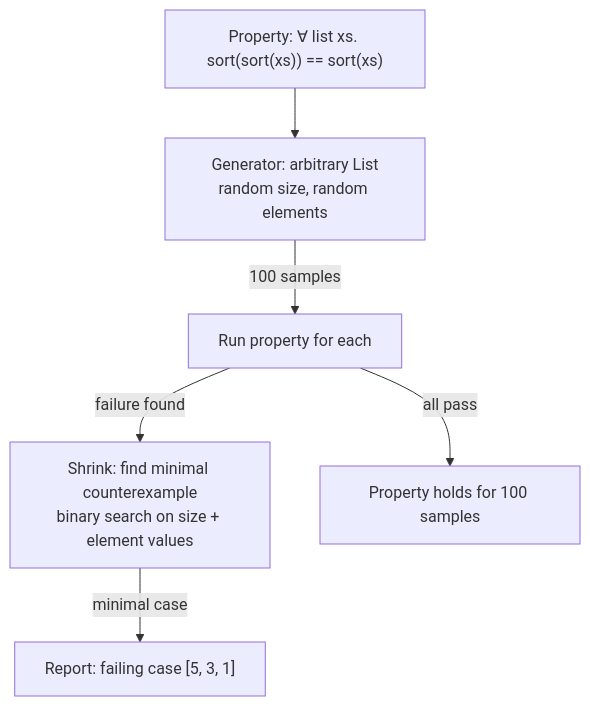
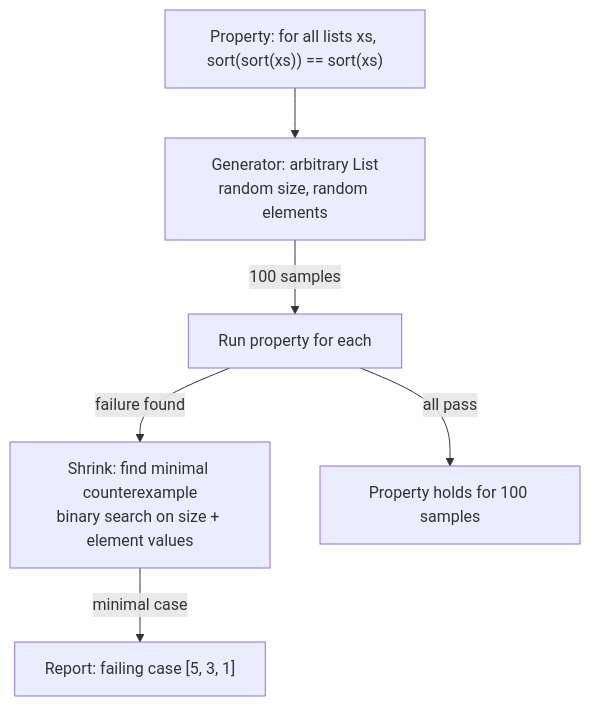
One commit to choisimo/document changed diagram 19 of 29 in docs/books/cs-reference/miscellaneous-cs.md. Above: the diagram before and after it, drawn with Mermaid. The commit also changed other lines of this file and 4514 other files, not shown here.

Commit message:
- sequenceDiagram` 내 `;`로 끊기던 메시지/노트 문장 정리 - `stateDiagram` 라벨 내부 추가 `:`/`::` 구문 정리 - `flowchart`에서 줄 끝 `-->` 끊김 체인 정리 - `block-betting` 오타를 `block-beta`로 수정 - 엄격 파서에서 깨지던 수식/특수문자 라벨 일부 ASCII 정규화

````diff
--- a/docs/books/cs-reference/miscellaneous-cs.md
+++ b/docs/books/cs-reference/miscellaneous-cs.md
@@ -360,9 +357,8 @@
 ```mermaid
 flowchart TD
-    Property["Property: ∀ list xs. sort(sort(xs)) == sort(xs)"] -->
-    Generator["Generator: arbitrary List<Int>\nrandom size, random elements"]
+    Property["Property: for all lists xs, sort(sort(xs)) == sort(xs)"] --> Generator["Generator: arbitrary List<Int>\nrandom size, random elements"]
     Generator -->|100 samples| Runner["Run property for each"]
     Runner -->|failure found| Shrink["Shrink: find minimal counterexample\nbinary search on size + element values"]
     Shrink -->|minimal case| Report["Report: failing case [5, 3, 1]"]
     Runner -->|all pass| Pass["Property holds for 100 samples"]
 ```
````
